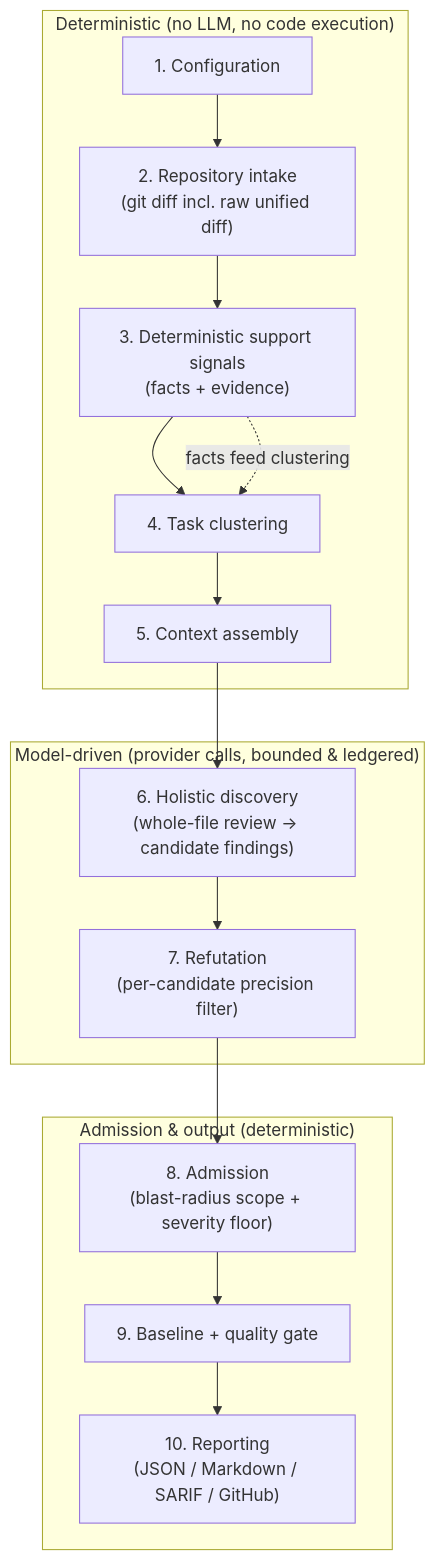
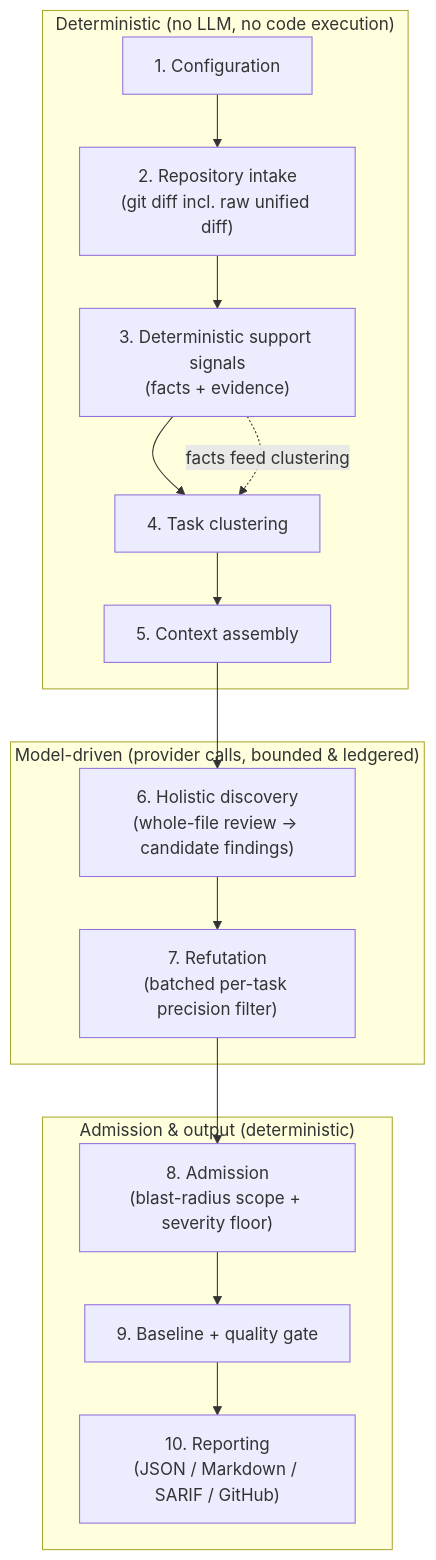
The diagram in docs/concepts/architecture.md (sebastianwessel/codereviewer), drawn with Mermaid before and after one commit. The commit also changed other lines of this file and 3 other files, not shown here.

First line of the commit message:
docs: describe refutation as a batched per-task filter

````diff
--- a/docs/concepts/architecture.md
+++ b/docs/concepts/architecture.md
@@ -20,24 +20,24 @@
 ```mermaid
 flowchart TD
   subgraph deterministic["Deterministic (no LLM, no code execution)"]
     Config["1. Configuration"]
     Intake["2. Repository intake<br/>(git diff incl. raw unified diff)"]
     Signals["3. Deterministic support signals<br/>(facts + evidence)"]
     Planner["4. Task clustering"]
     Context["5. Context assembly"]
   end
   subgraph model["Model-driven (provider calls, bounded & ledgered)"]
     Discovery["6. Holistic discovery<br/>(whole-file review → candidate findings)"]
-    Refute["7. Refutation<br/>(per-candidate precision filter)"]
+    Refute["7. Refutation<br/>(batched per-task precision filter)"]
   end
   subgraph gate["Admission & output (deterministic)"]
     Admission["8. Admission<br/>(blast-radius scope + severity floor)"]
     Baseline["9. Baseline + quality gate"]
     Report["10. Reporting<br/>(JSON / Markdown / SARIF / GitHub)"]
   end
 
   Config --> Intake --> Signals --> Planner --> Context
   Context --> Discovery --> Refute --> Admission
   Admission --> Baseline --> Report
   Signals -. "facts feed clustering" .-> Planner
 ```
````
